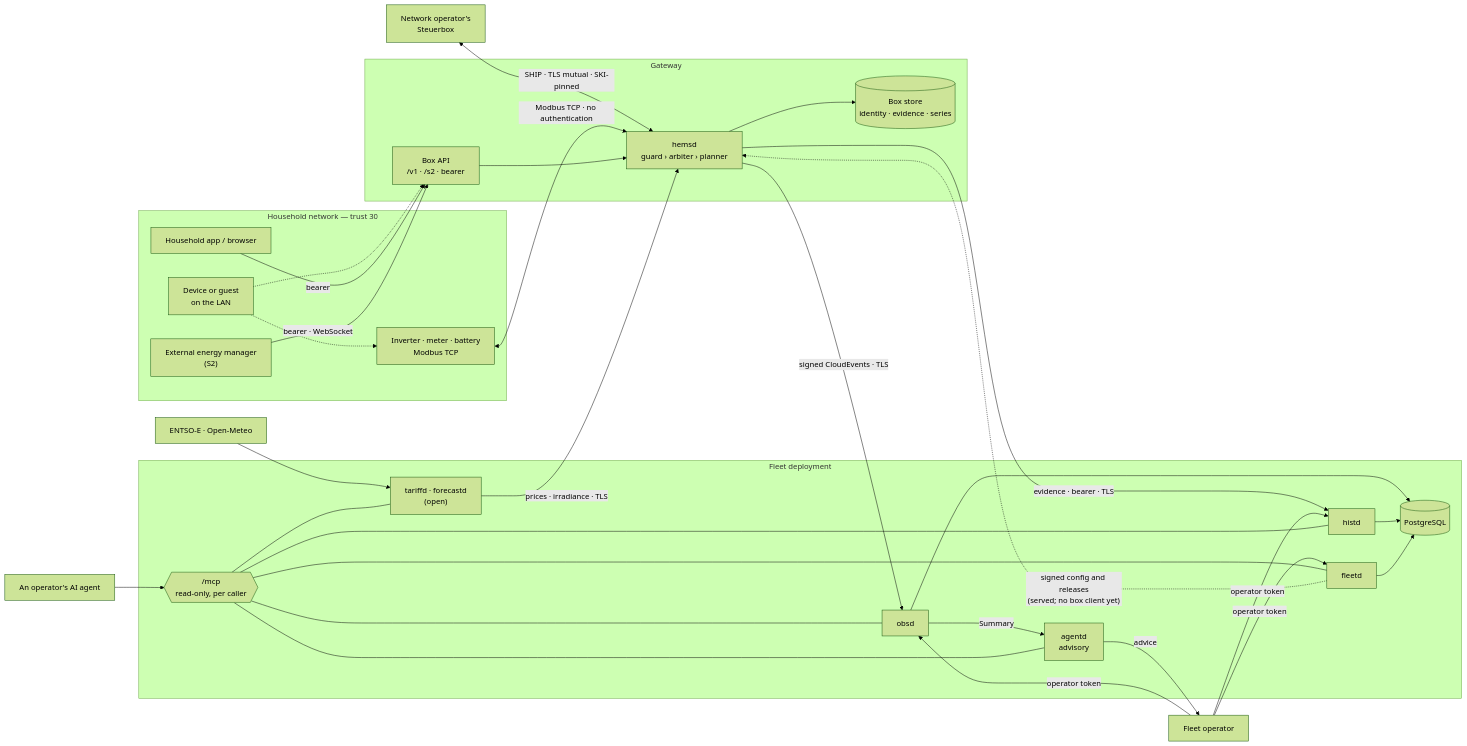
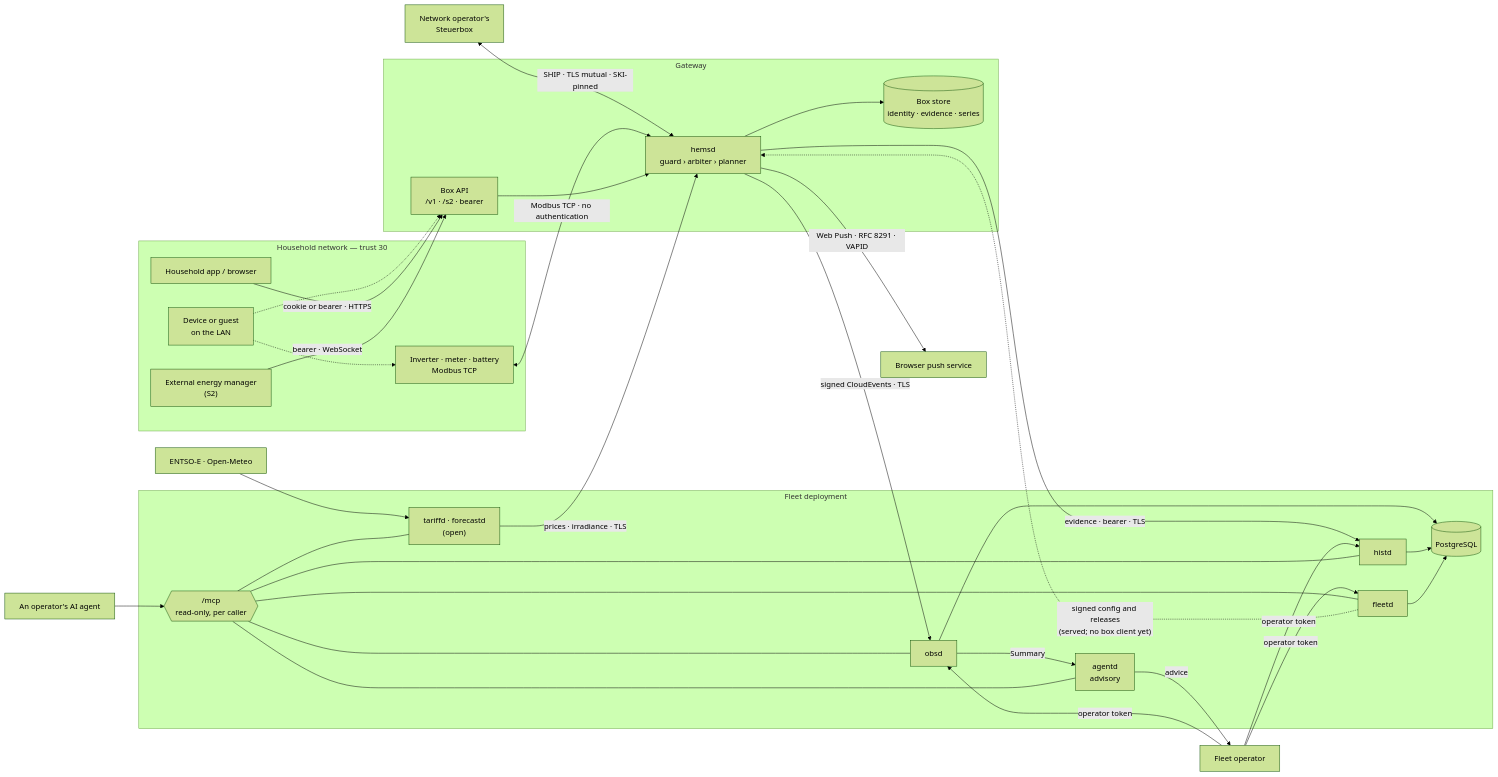
Before and after one commit to hupe1980/ems: the diagram in THREAT_MODEL.md, drawn with Mermaid (forest theme). The commit also changed other lines of this file and 97 other files, not shown here.

````diff
--- a/THREAT_MODEL.md
+++ b/THREAT_MODEL.md
@@ -28,43 +30,45 @@
 ```mermaid
 flowchart LR
     subgraph LAN["Household network — trust 30"]
         HH["Household app / browser"]
         CEM["External energy manager<br/>(S2)"]
         DEV["Inverter · meter · battery<br/>Modbus TCP"]
         ATT["Device or guest<br/>on the LAN"]
     end
     subgraph Box["Gateway"]
         HEMSD["hemsd<br/>guard › arbiter › planner"]
         API["Box API<br/>/v1 · /s2 · bearer"]
         STORE[("Box store<br/>identity · evidence · series")]
     end
     SB["Network operator's<br/>Steuerbox"]
     subgraph Fleet["Fleet deployment"]
         OBSD["obsd"]
         HISTD["histd"]
         FLEETD["fleetd"]
         PUB["tariffd · forecastd<br/>(open)"]
         AGENTD["agentd<br/>advisory"]
         MCP{{"/mcp<br/>read-only, per caller"}}
         PG[("PostgreSQL")]
     end
     UP["ENTSO-E · Open-Meteo"]
+    PUSH["Browser push service"]
     OP["Fleet operator"]
     AI["An operator's AI agent"]
 
     SB <-->|"SHIP · TLS mutual · SKI-pinned"| HEMSD
     DEV <-->|"Modbus TCP · no authentication"| HEMSD
     ATT -.-> DEV & API
-    HH -->|"bearer"| API
+    HH -->|"cookie or bearer · HTTPS"| API
+    HEMSD -->|"Web Push · RFC 8291 · VAPID"| PUSH
     CEM -->|"bearer · WebSocket"| API --> HEMSD
     HEMSD --> STORE
     HEMSD -->|"signed CloudEvents · TLS"| OBSD
     HEMSD -->|"evidence · bearer · TLS"| HISTD
     PUB -->|"prices · irradiance · TLS"| HEMSD
     UP --> PUB
     OBSD & HISTD & FLEETD --> PG
     OBSD -->|"Summary"| AGENTD -->|"advice"| OP
     OP -->|"operator token"| OBSD & HISTD & FLEETD
     AI --> MCP --- OBSD & HISTD & FLEETD & PUB & AGENTD
     FLEETD -. "signed config and releases<br/>(served; no box client yet)" .-> HEMSD
 ```
````
